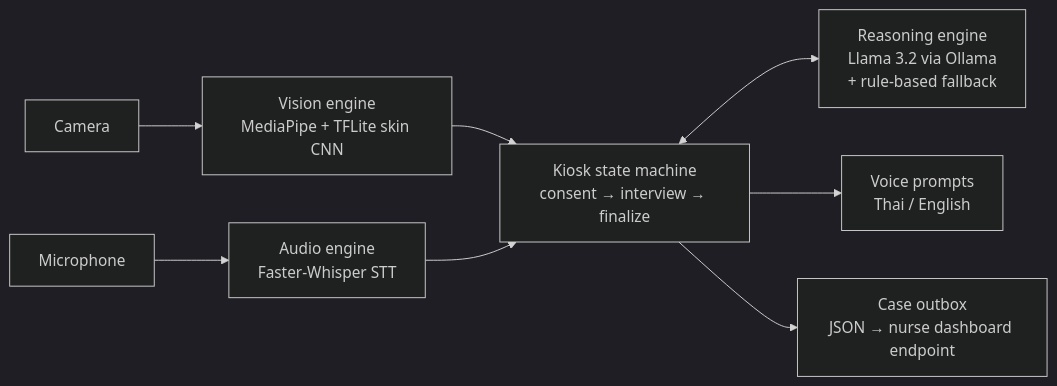
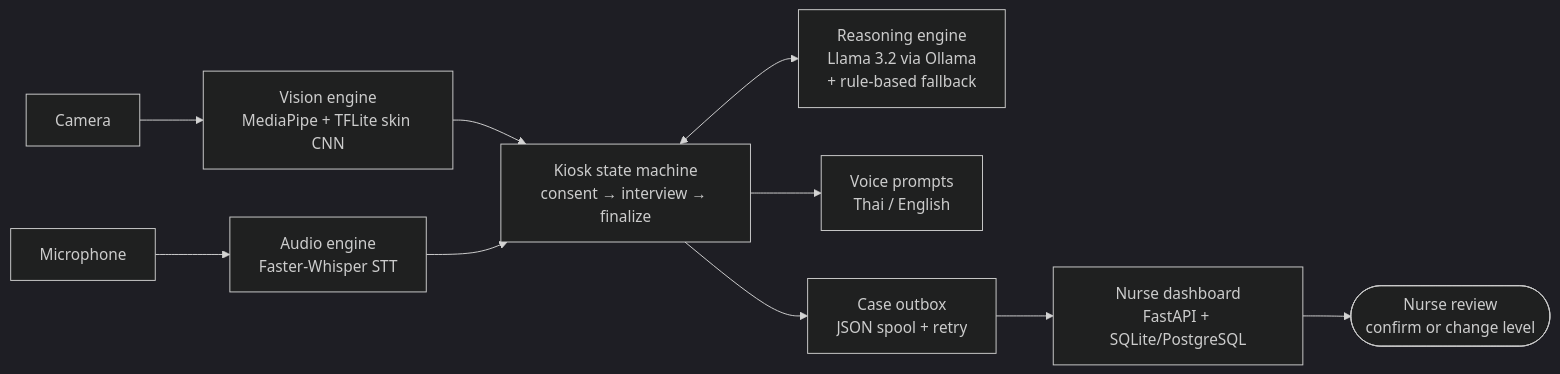
One commit to PhokinWanna/multimodal-pre-triage-simulation changed the diagram in README.md. Above: the diagram before and after it, drawn with Mermaid (dark theme). The commit also changed other lines of this file and 53 other files, not shown here.

Commit message:
Finish nurse dashboard: admin, audit log, retention, kiosk key, manual

````diff
--- a/README.md
+++ b/README.md
@@ -32,10 +36,12 @@
 ```mermaid
 flowchart LR
     CAM[Camera] --> VIS["Vision engine<br/>MediaPipe + TFLite skin CNN"]
     MIC[Microphone] --> AUD["Audio engine<br/>Faster-Whisper STT"]
     VIS --> FSM["Kiosk state machine<br/>consent → interview → finalize"]
     AUD --> FSM
     FSM <--> LLM["Reasoning engine<br/>Llama 3.2 via Ollama<br/>+ rule-based fallback"]
     FSM --> TTS["Voice prompts<br/>Thai / English"]
-    FSM --> OUT["Case outbox<br/>JSON → nurse dashboard endpoint"]
+    FSM --> OUT["Case outbox<br/>JSON spool + retry"]
+    OUT --> DASH["Nurse dashboard<br/>FastAPI + SQLite/PostgreSQL"]
+    DASH --> RN(["Nurse review<br/>confirm or change level"])
 ```
````
